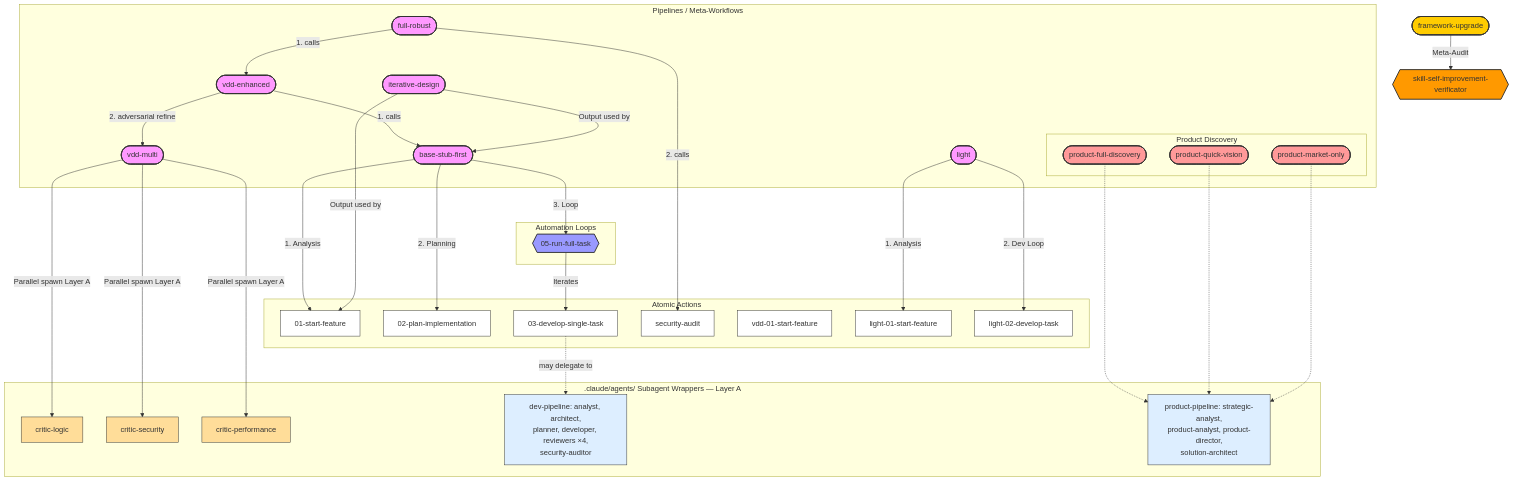
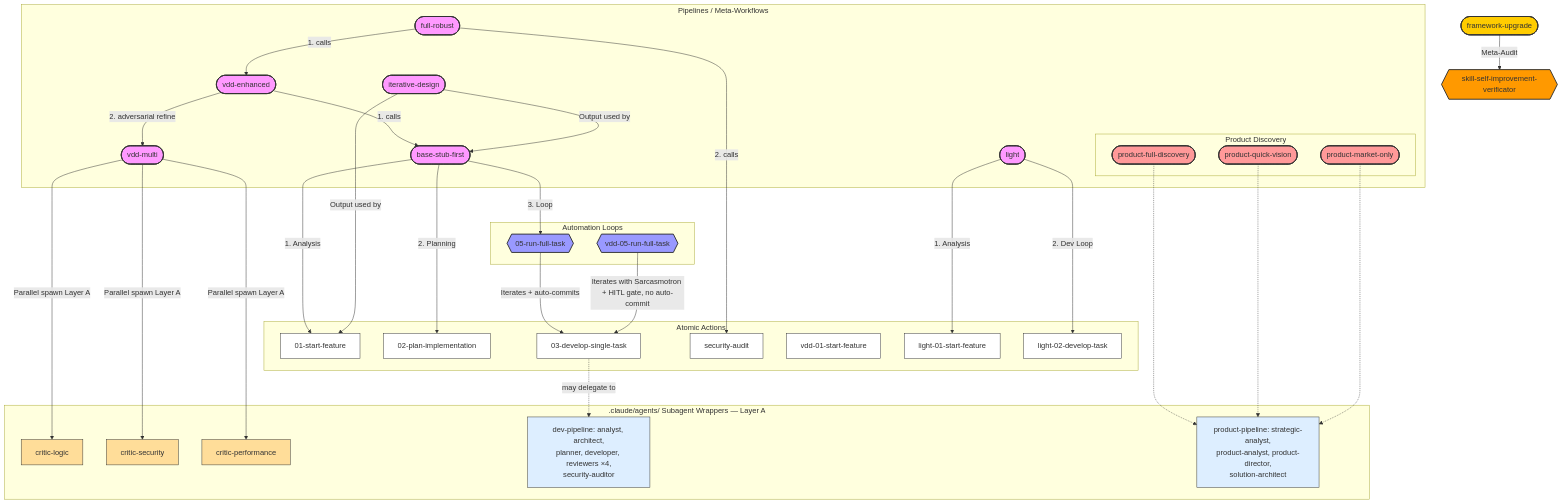
One commit to MatrixFounder/Agentic-development changed the first of 3 diagrams in System/Docs/WORKFLOWS.md. Above: the diagram before and after it, drawn with Mermaid. The commit also changed other lines of this file and 17 other files, not shown here.

Commit message:
vdd-develop-all workflow

```diff
--- a/System/Docs/WORKFLOWS.md
+++ b/System/Docs/WORKFLOWS.md
@@ -65,6 +65,7 @@
     %% Automation Loops
     subgraph Loops [Automation Loops]
         RunAll{{05-run-full-task}}:::loop
+        VDDRunAll{{vdd-05-run-full-task}}:::loop
     end
 
     %% Atomic Actions
@@ -100,7 +101,8 @@
     Base -->|2. Planning| Plan
     Base -->|3. Loop| RunAll
 
-    RunAll -->|Iterates| Dev
+    RunAll -->|Iterates + auto-commits| Dev
+    VDDRunAll -->|Iterates with Sarcasmotron + HITL gate, no auto-commit| Dev
 
     VDDMulti -->|Parallel spawn Layer A| CritLogic
     VDDMulti -->|Parallel spawn Layer A| CritSec
```
